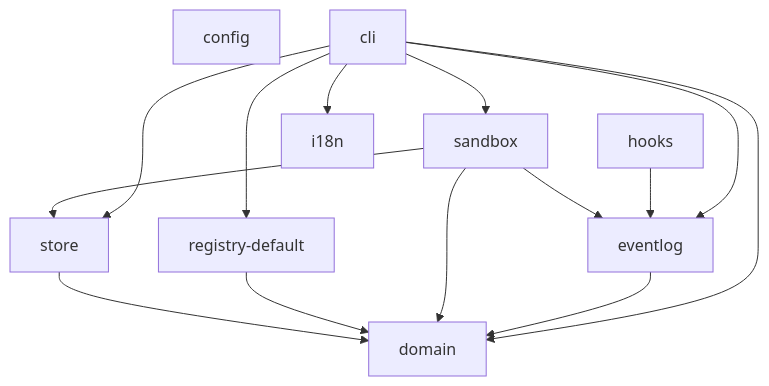
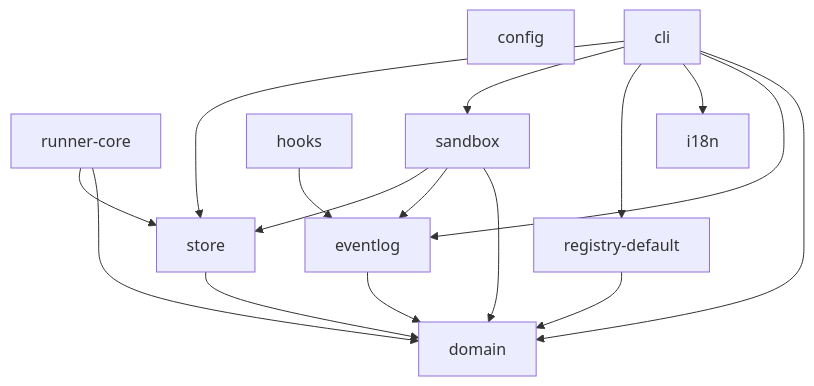
One commit to thap-nv/the-world-of-elvaria changed the diagram in docs/dependency-graph.md. Above: the diagram before and after it, drawn with Mermaid. The commit also changed other lines of this file and 70 other files, not shown here.

````diff
--- a/docs/dependency-graph.md
+++ b/docs/dependency-graph.md
@@ -7,25 +7,28 @@
 ```mermaid
 flowchart TD
   config["config"]
   domain["domain"]
   store["store"]
   registry_default["registry-default"]
+  runner_core["runner-core"]
   sandbox["sandbox"]
   eventlog["eventlog"]
   hooks["hooks"]
   i18n["i18n"]
   cli["cli"]
   store --> domain
   registry_default --> domain
+  runner_core --> domain
+  runner_core --> store
   sandbox --> domain
   sandbox --> eventlog
   sandbox --> store
   eventlog --> domain
   hooks --> eventlog
   cli --> domain
   cli --> eventlog
   cli --> i18n
   cli --> registry_default
   cli --> sandbox
   cli --> store
 ```
````
